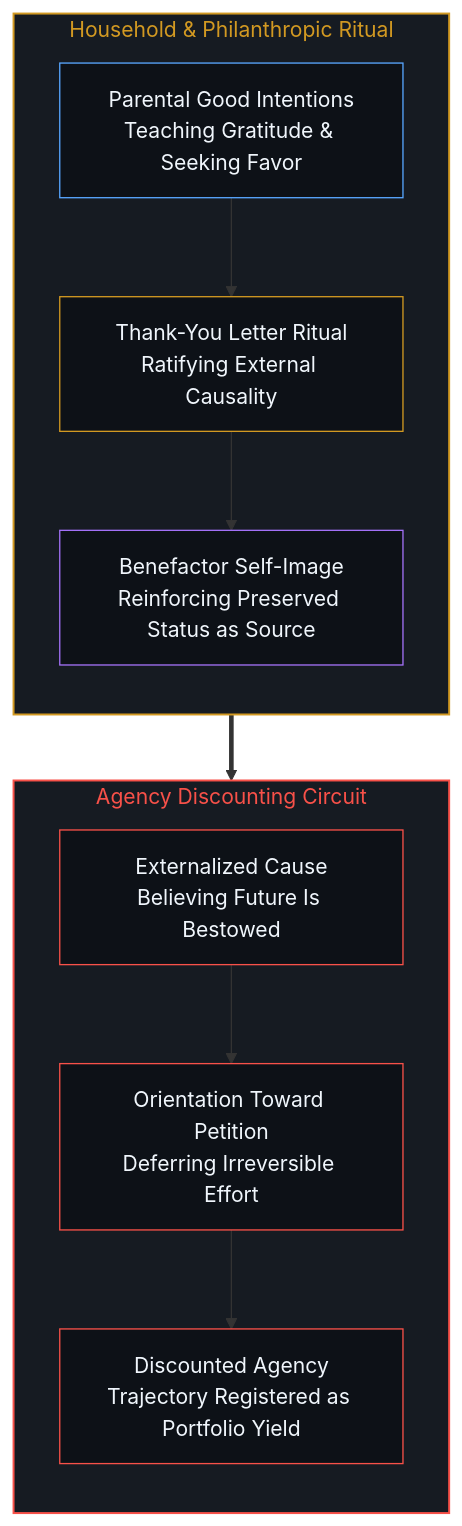
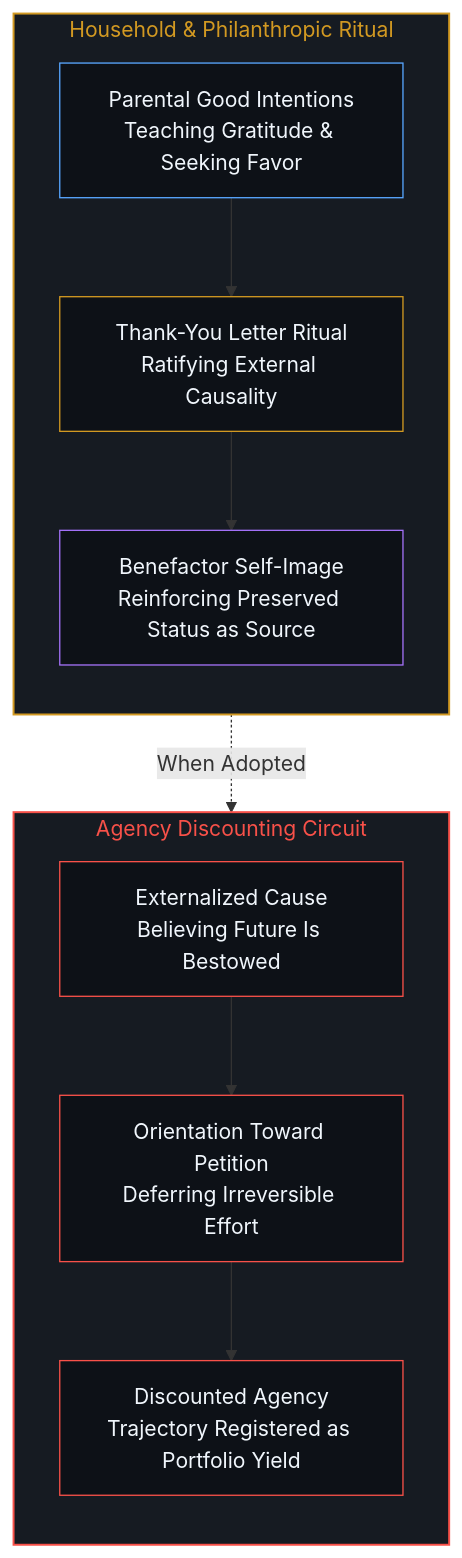
Before and after one commit to powerpig99/not-a-toe: the fourth of 4 diagrams in content/posts/the-discount-on-agency.md, drawn with Mermaid. The commit also changed other lines of this file and 2 other files, not shown here.

Commit message:
Consolidate Deep Sleep Batch 24 (lane-agency): remove third-person interior assertions and align diagram labels in receptionist parable and discount-on-agency

````diff
--- a/content/posts/the-discount-on-agency.md
+++ b/content/posts/the-discount-on-agency.md
@@ -115,27 +115,27 @@
 ```mermaid
 flowchart TD
   subgraph S_PAR["Household & Philanthropic Ritual"]
     direction TB
     P_MOM["Parental Good Intentions<br/>Teaching Gratitude & Seeking Favor"]
     P_LET["Thank-You Letter Ritual<br/>Ratifying External Causality"]
     P_EGO["Benefactor Self-Image<br/>Reinforcing Preserved Status as Source"]
   end
   subgraph S_SUB["Agency Discounting Circuit"]
     direction TB
     S_EXT["Externalized Cause<br/>Believing Future Is Bestowed"]
     S_DEP["Orientation Toward Petition<br/>Deferring Irreversible Effort"]
     S_COL["Discounted Agency<br/>Trajectory Registered as Portfolio Yield"]
   end
   P_MOM --> P_LET
   P_LET --> P_EGO
-  P_LET ==> S_EXT
+  P_LET -.->|"When Adopted"| S_EXT
   S_EXT --> S_DEP --> S_COL
   style S_PAR fill:#161b22,stroke:#d29922,stroke-width:1.5px,color:#d29922
   style S_SUB fill:#161b22,stroke:#f85149,stroke-width:1.5px,color:#f85149
   style P_MOM fill:#0d1117,stroke:#58a6ff,stroke-width:1px,color:#f0f6fc
   style P_LET fill:#0d1117,stroke:#d29922,stroke-width:1px,color:#f0f6fc
   style P_EGO fill:#0d1117,stroke:#a371f7,stroke-width:1px,color:#f0f6fc
   style S_EXT fill:#0d1117,stroke:#f85149,stroke-width:1px,color:#f0f6fc
   style S_DEP fill:#0d1117,stroke:#f85149,stroke-width:1px,color:#f0f6fc
   style S_COL fill:#0d1117,stroke:#f85149,stroke-width:1px,color:#f0f6fc
 ```
````
